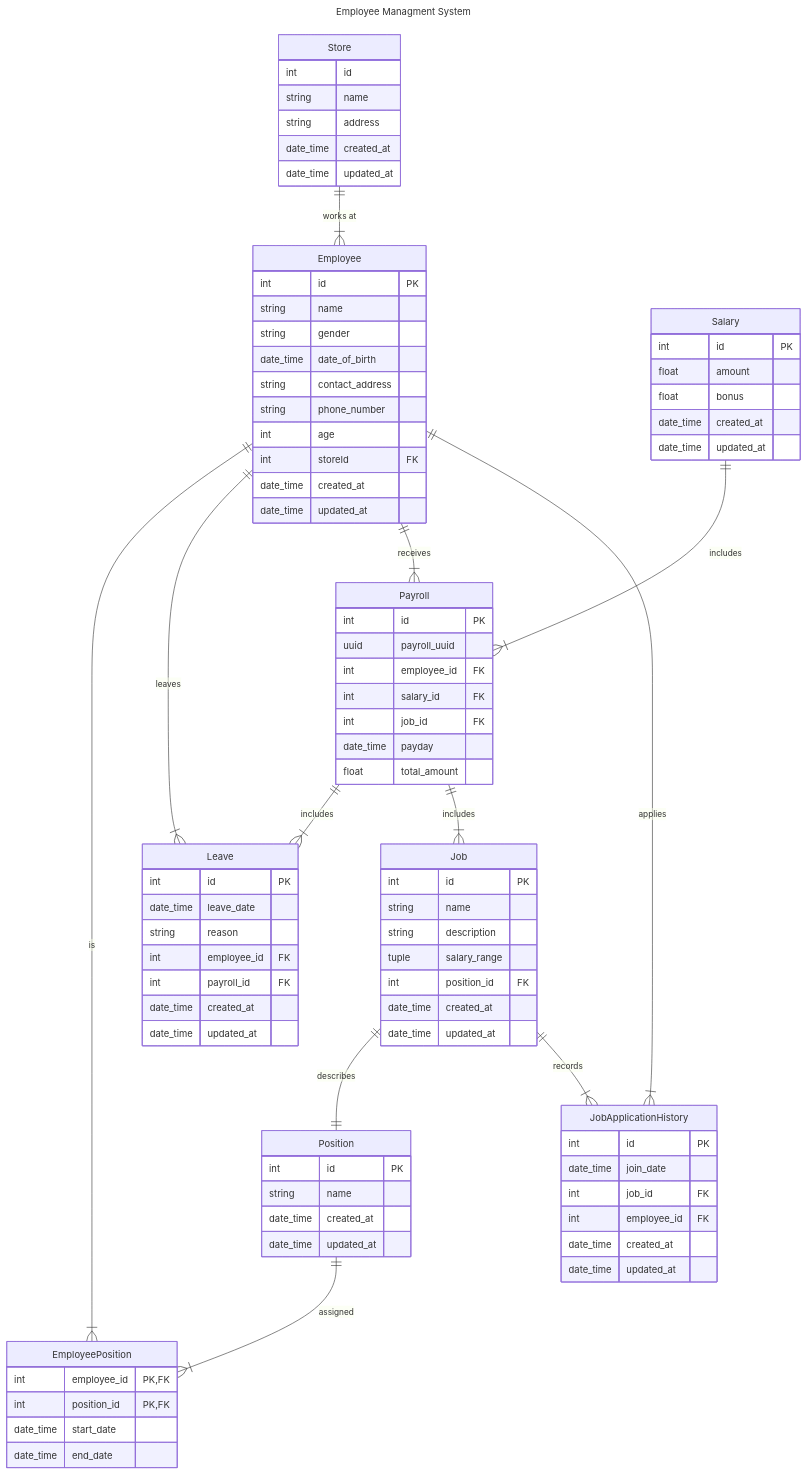
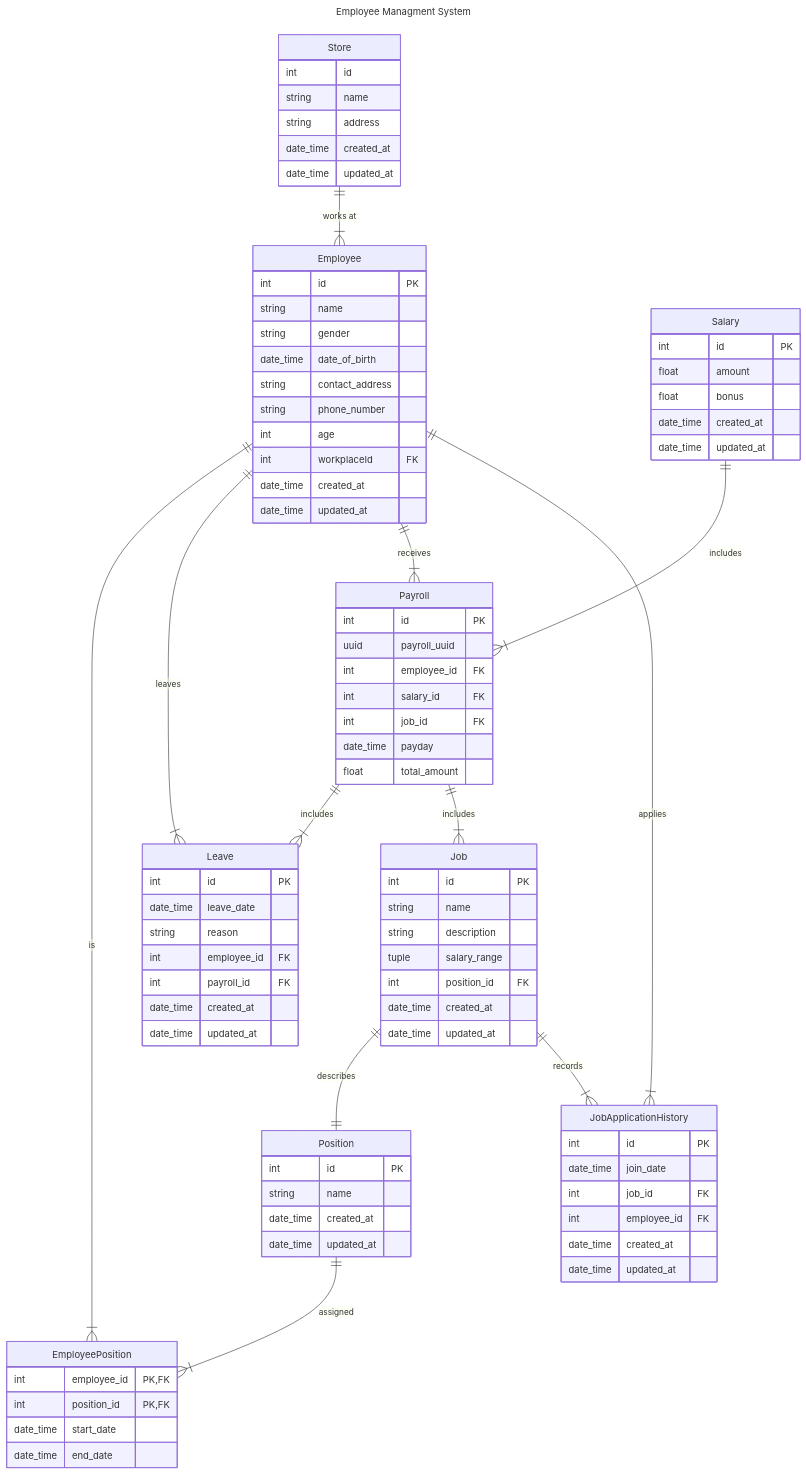
The diagram in README.md (Jack20001413/coffee_shop_employee_service), drawn with Mermaid before and after one commit. The commit also changed 2 other files, not shown here.

Commit message:
fix(workspace): Update workspace's configuration

```diff
--- a/README.md
+++ b/README.md
@@ -34,7 +34,7 @@
         string contact_address
         string phone_number
         int age
-        int storeId FK
+        int workplaceId FK
         date_time created_at
         date_time updated_at
     }
```
